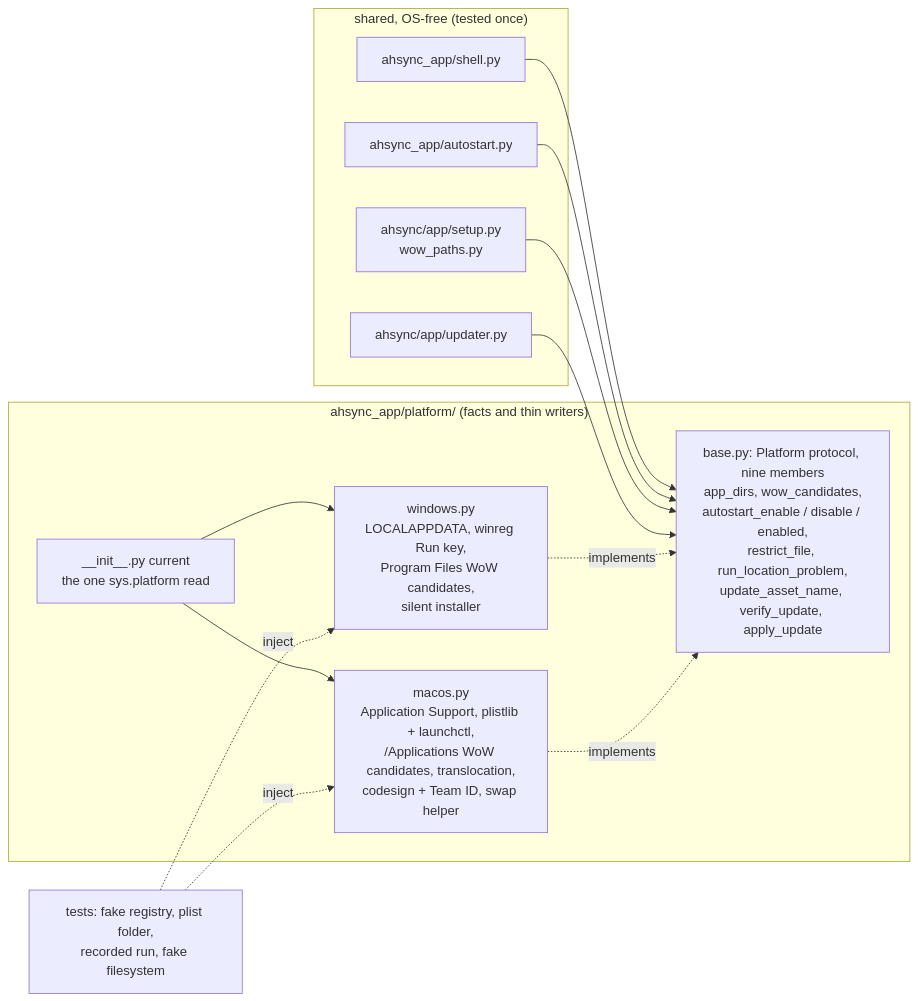
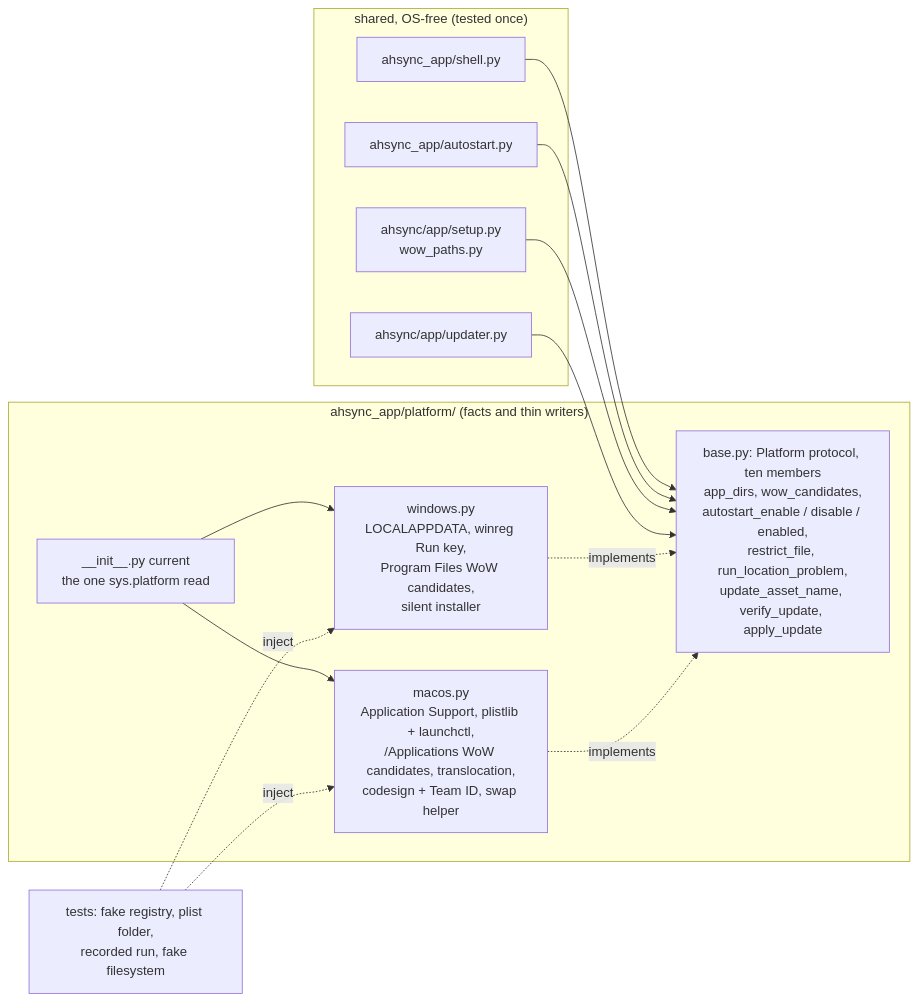
The sixth of 8 diagrams in docs/ARCHITECTURE.md (ctng1213/WowAuction), drawn with Mermaid before and after one commit. The commit also changed other lines of this file and 32 other files, not shown here.

````diff
--- a/docs/ARCHITECTURE.md
+++ b/docs/ARCHITECTURE.md
@@ -176,25 +178,25 @@
 ```mermaid
 flowchart LR
   subgraph Shared["shared, OS-free (tested once)"]
     ShellM[ahsync_app/shell.py]
     AutoM[ahsync_app/autostart.py]
     SetupM[ahsync/app/setup.py<br/>wow_paths.py]
     UpdM[ahsync/app/updater.py]
   end
   subgraph Platform["ahsync_app/platform/ (facts and thin writers)"]
-    Base[base.py: Platform protocol, nine members<br/>app_dirs, wow_candidates,<br/>autostart_enable / disable / enabled,<br/>restrict_file, run_location_problem,<br/>update_asset_name, verify_update, apply_update]
+    Base[base.py: Platform protocol, ten members<br/>app_dirs, wow_candidates,<br/>autostart_enable / disable / enabled,<br/>restrict_file, run_location_problem,<br/>update_asset_name, verify_update, apply_update]
     Win[windows.py<br/>LOCALAPPDATA, winreg Run key,<br/>Program Files WoW candidates,<br/>silent installer]
     Mac[macos.py<br/>Application Support, plistlib + launchctl,<br/>/Applications WoW candidates, translocation,<br/>codesign + Team ID, swap helper]
     Cur[__init__.py current<br/>the one sys.platform read]
   end
   ShellM --> Base
   AutoM --> Base
   SetupM --> Base
   UpdM --> Base
   Cur --> Win
   Cur --> Mac
   Win -.implements.-> Base
   Mac -.implements.-> Base
   Fakes[tests: fake registry, plist folder,<br/>recorded run, fake filesystem] -.inject.-> Win
   Fakes -.inject.-> Mac
 ```
````
